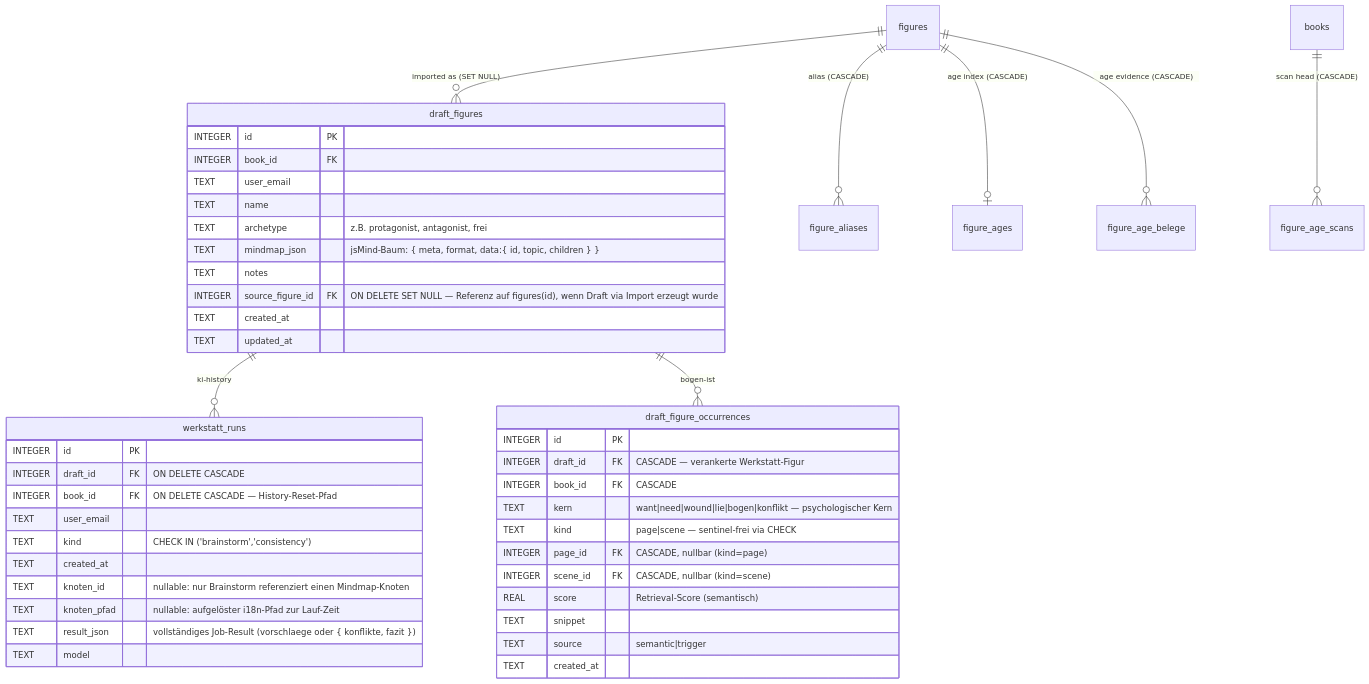
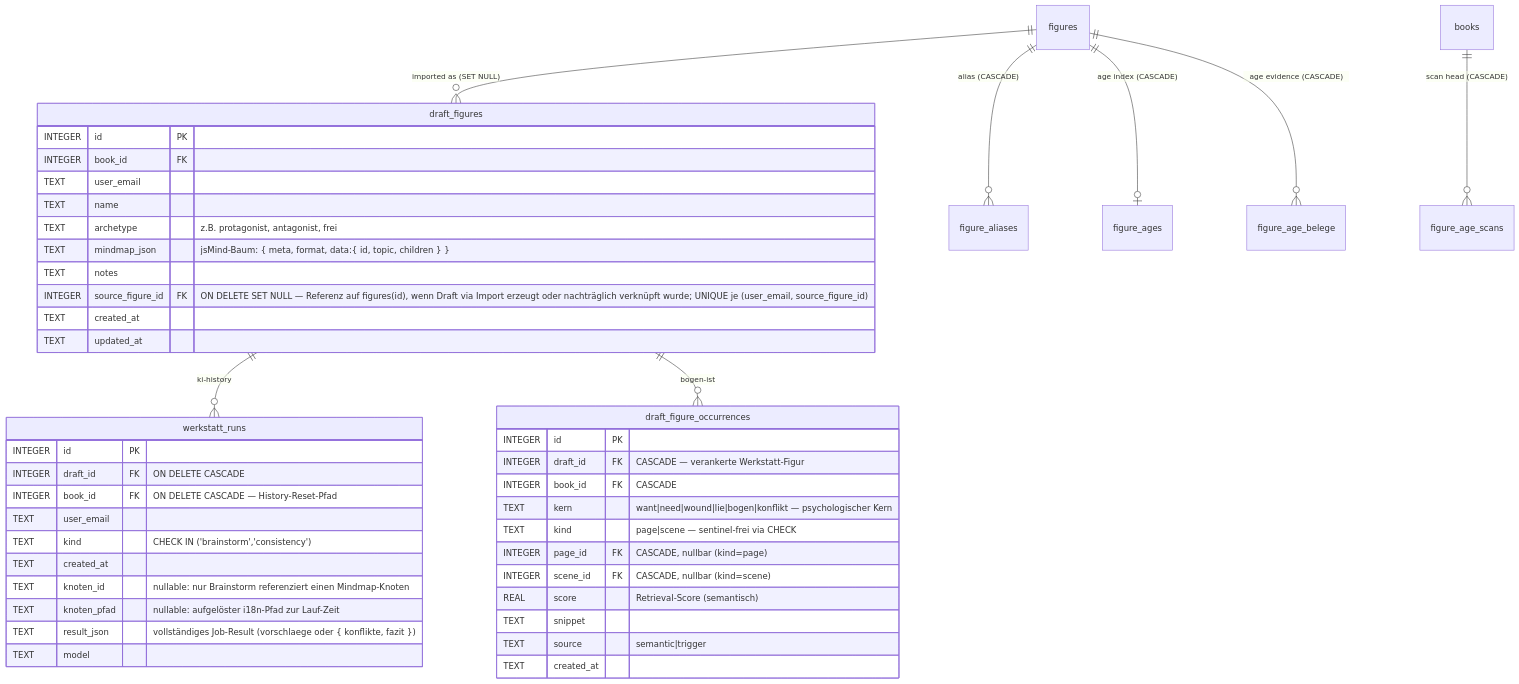
The fourth of 8 diagrams in docs/erd.md (schreibwerkstatt/schreibwerkstatt), drawn with Mermaid before and after one commit. The commit also changed other lines of this file and 255 other files, not shown here.

````diff
--- a/docs/erd.md
+++ b/docs/erd.md
@@ -1123,47 +1123,47 @@
 ```mermaid
 erDiagram
   draft_figures {
     INTEGER id               PK
     INTEGER book_id          FK
     TEXT    user_email
     TEXT    name
     TEXT    archetype        "z.B. protagonist, antagonist, frei"
     TEXT    mindmap_json     "jsMind-Baum: { meta, format, data:{ id, topic, children } }"
     TEXT    notes
-    INTEGER source_figure_id FK "ON DELETE SET NULL — Referenz auf figures(id), wenn Draft via Import erzeugt wurde"
+    INTEGER source_figure_id FK "ON DELETE SET NULL — Referenz auf figures(id), wenn Draft via Import erzeugt oder nachträglich verknüpft wurde; UNIQUE je (user_email, source_figure_id)"
     TEXT    created_at
     TEXT    updated_at
   }
   draft_figure_occurrences {
     INTEGER id         PK
     INTEGER draft_id   FK "CASCADE — verankerte Werkstatt-Figur"
     INTEGER book_id    FK "CASCADE"
     TEXT    kern       "want|need|wound|lie|bogen|konflikt — psychologischer Kern"
     TEXT    kind       "page|scene — sentinel-frei via CHECK"
     INTEGER page_id    FK "CASCADE, nullbar (kind=page)"
     INTEGER scene_id   FK "CASCADE, nullbar (kind=scene)"
     REAL    score      "Retrieval-Score (semantisch)"
     TEXT    snippet
     TEXT    source     "semantic|trigger"
     TEXT    created_at
   }
   werkstatt_runs {
     INTEGER id          PK
     INTEGER draft_id    FK "ON DELETE CASCADE"
     INTEGER book_id     FK "ON DELETE CASCADE — History-Reset-Pfad"
     TEXT    user_email
     TEXT    kind        "CHECK IN ('brainstorm','consistency')"
     TEXT    created_at
     TEXT    knoten_id   "nullable: nur Brainstorm referenziert einen Mindmap-Knoten"
     TEXT    knoten_pfad "nullable: aufgelöster i18n-Pfad zur Lauf-Zeit"
     TEXT    result_json "vollständiges Job-Result (vorschlaege oder { konflikte, fazit })"
     TEXT    model
   }
   figures ||--o{ figure_aliases : "alias (CASCADE)"
   figures ||--o| figure_ages : "age index (CASCADE)"
   figures ||--o{ figure_age_belege : "age evidence (CASCADE)"
   books ||--o{ figure_age_scans : "scan head (CASCADE)"
   figures ||--o{ draft_figures : "imported as (SET NULL)"
   draft_figures ||--o{ werkstatt_runs : "ki-history"
   draft_figures ||--o{ draft_figure_occurrences : "bogen-ist"
 ```
````
